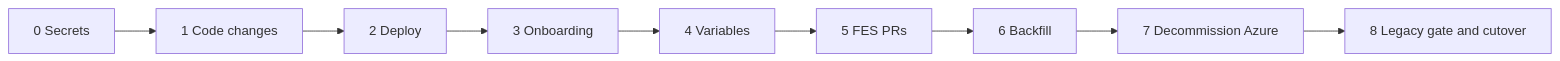
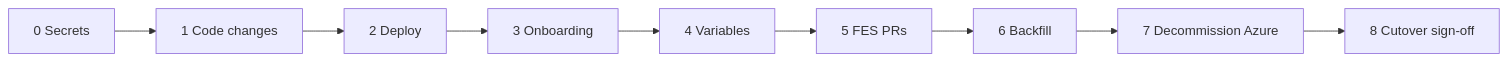
One commit to DEFRA/mmo-cr-copilot-dashboard changed the diagram in docs/fes-copilot-analytics-migration/README.md. Above: the diagram before and after it, drawn with Mermaid. The commit also changed other lines of this file and 29 other files, not shown here.

First line of the commit message:
feat: improve chart axis handling and commit ordering for backfill analytics

````diff
--- a/docs/fes-copilot-analytics-migration/README.md
+++ b/docs/fes-copilot-analytics-migration/README.md
@@ -53,11 +69,11 @@
 ```mermaid
 flowchart LR
   P0[0 Secrets] --> P1[1 Code changes]
   P1 --> P2[2 Deploy]
   P2 --> P3[3 Onboarding]
   P3 --> P4[4 Variables]
   P4 --> P5[5 FES PRs]
   P5 --> P6[6 Backfill]
   P6 --> P7[7 Decommission Azure]
-  P7 --> P8[8 Legacy gate and cutover]
+  P7 --> P8[8 Cutover sign-off]
 ```
````
